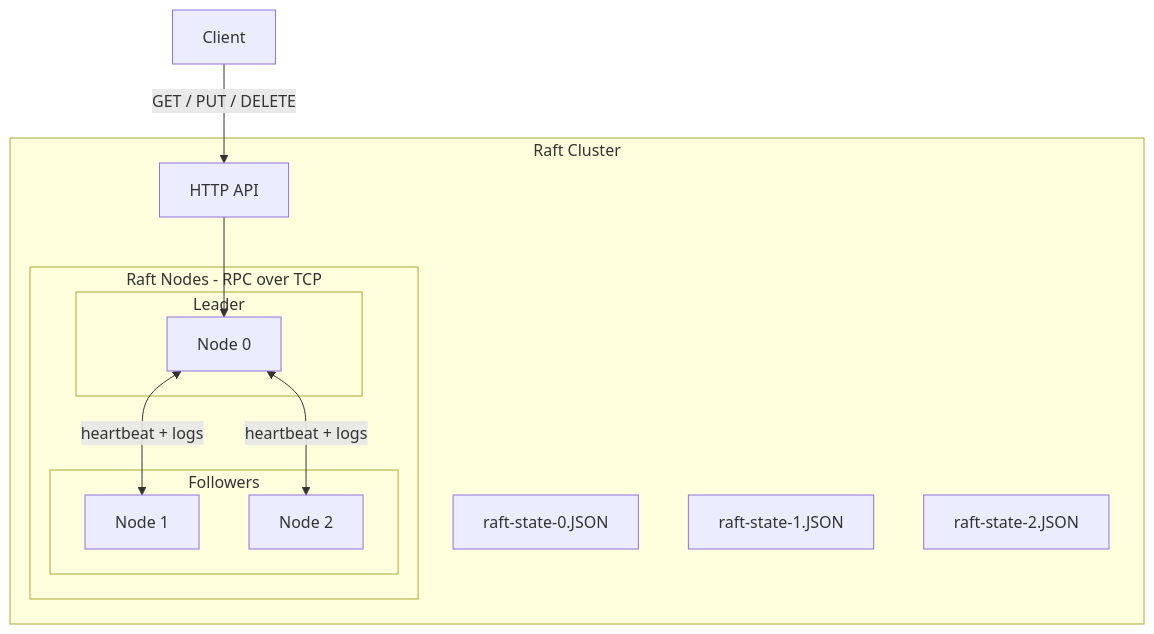
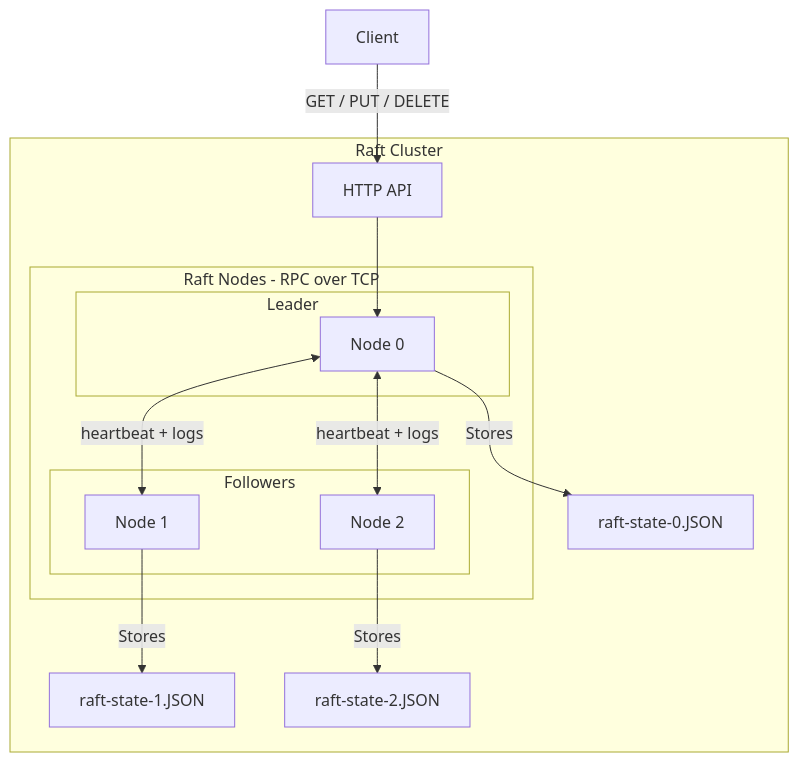
Before and after one commit to J-Hwang7/raft-kv: the diagram in README.md, drawn with Mermaid.

````diff
--- a/README.md
+++ b/README.md
@@ -42,29 +42,32 @@
 ```mermaid
 flowchart TB
     Client["Client"]
 
     subgraph Cluster["Raft Cluster"]
         API["HTTP API"]
 
         subgraph Raft["Raft Nodes - RPC over TCP"]
            subgraph Leader["Leader"]
                 N0["Node 0"]
             end
             subgraph Follower["Followers"]
                 N1["Node 1"]
                 N2["Node 2"]
             end
         end
 
     State0["raft-state-0.JSON"]
     State1["raft-state-1.JSON"]
     State2["raft-state-2.JSON"]
     end
 
     Client -->|"GET / PUT / DELETE"| API
     API --> N0
+    N0 -->|"Stores"|State0
+    N1 -->|"Stores"|State1
+    N2 -->|"Stores"|State2
 
     N0 <-->|"heartbeat + logs"| N1
     N0 <-->|"heartbeat + logs"| N2 
 
 ```
````
